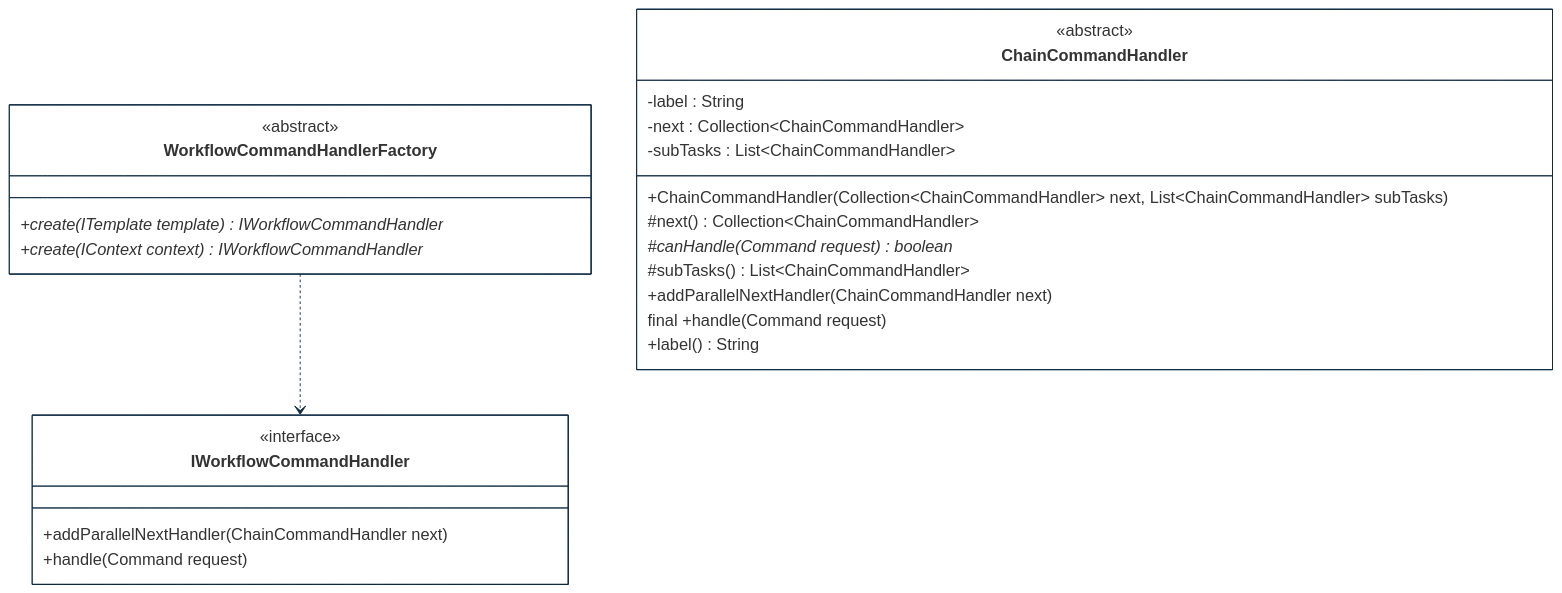
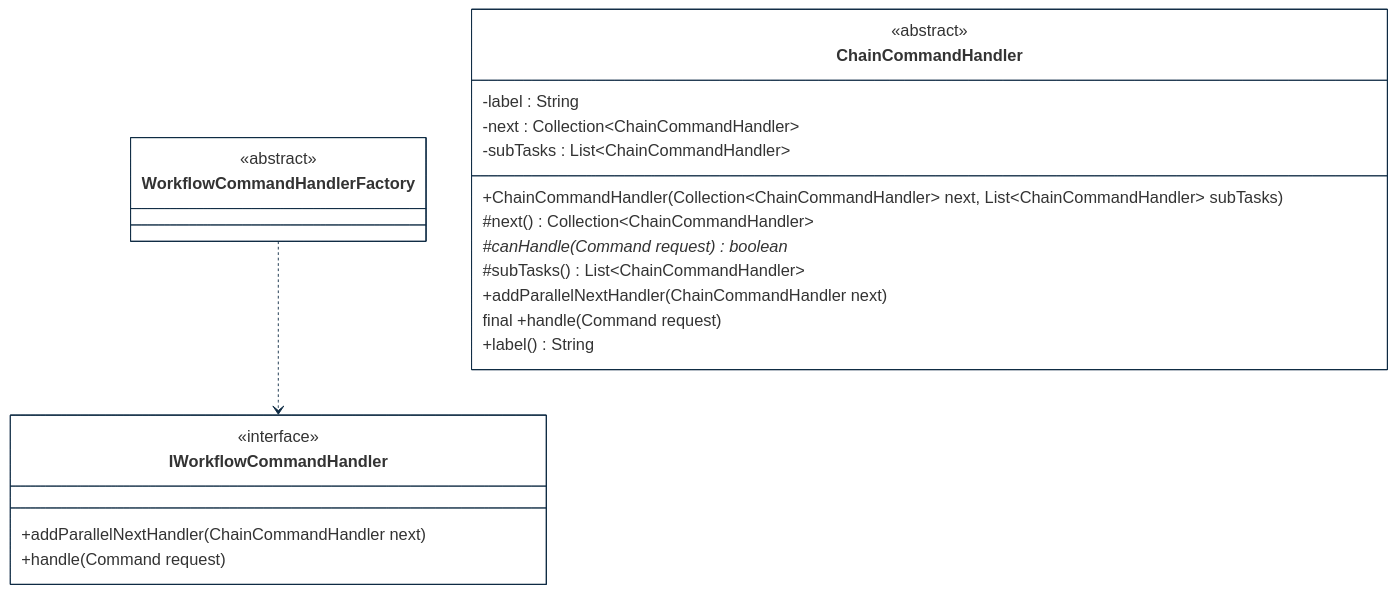
One commit to cybnity/foundation changed the diagram in implementations-line/features/workflow-process/security-activity-orchestration/designview-structure-models.md. Above: the diagram before and after it, drawn with Mermaid. The commit also changed other lines of this file and 31 other files, not shown here.

````diff
--- a/implementations-line/features/workflow-process/security-activity-orchestration/designview-structure-models.md
+++ b/implementations-line/features/workflow-process/security-activity-orchestration/designview-structure-models.md
@@ -19,46 +18,44 @@
 ```mermaid
 %%{
   init: {
     'theme': 'base',
     'themeVariables': {
         'background': '#ffffff',
         'fontFamily': 'arial',
         'fontSize': '18px',
         'primaryColor': '#fff',
         'primaryBorderColor': '#0e2a43',
         'secondaryBorderColor': '#0e2a43',
         'tertiaryBorderColor': '#0e2a43',
         'edgeLabelBackground':'#0e2a43',
         'lineColor': '#0e2a43',
         'tertiaryColor': '#fff'
     }
   }
 }%%
 classDiagram
   WorkflowCommandHandlerFactory ..> IWorkflowCommandHandler
 
   class ChainCommandHandler {
       <<abstract>>
       -label : String
       -next : Collection~ChainCommandHandler~
       -subTasks : List~ChainCommandHandler~
       +ChainCommandHandler(Collection~ChainCommandHandler~ next, List~ChainCommandHandler~ subTasks)
       #next() Collection~ChainCommandHandler~
       #canHandle(Command request)* boolean
       #subTasks() List~ChainCommandHandler~
       +addParallelNextHandler(ChainCommandHandler next)
       final +handle(Command request)
       +label() String
   }
   class WorkflowCommandHandlerFactory {
       <<abstract>>
-      +create(ITemplate template)* IWorkflowCommandHandler
-      +create(IContext context)* IWorkflowCommandHandler
   }
   class IWorkflowCommandHandler {
       <<interface>>
       +addParallelNextHandler(ChainCommandHandler next)
       +handle(Command request)
   }
 
 ```
````
